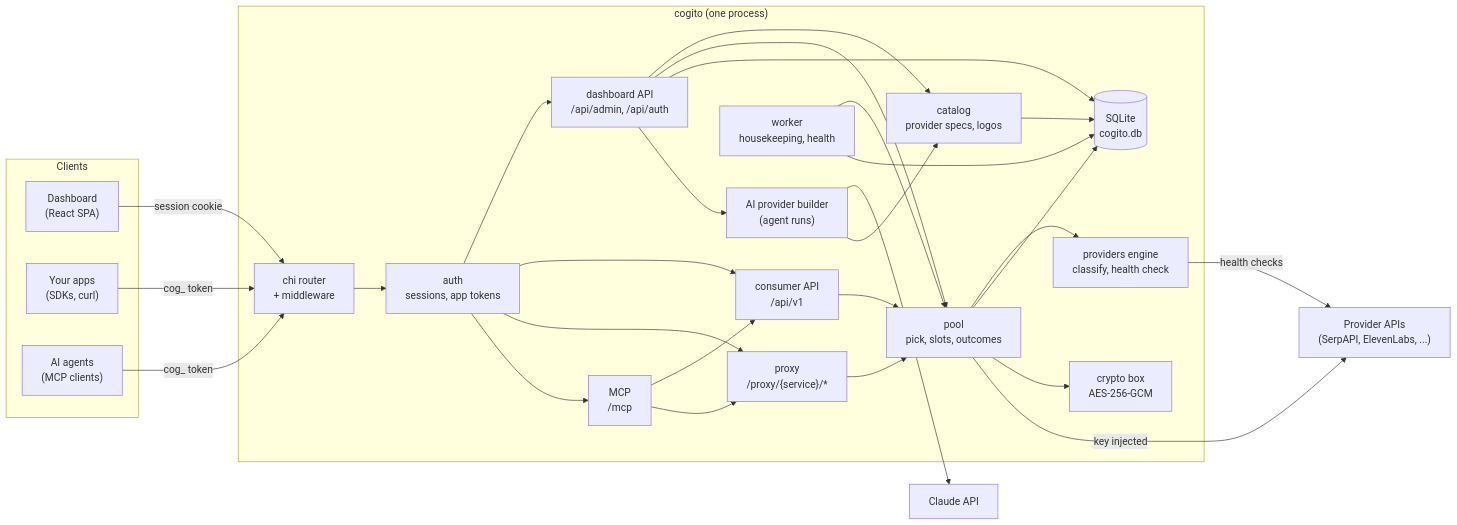
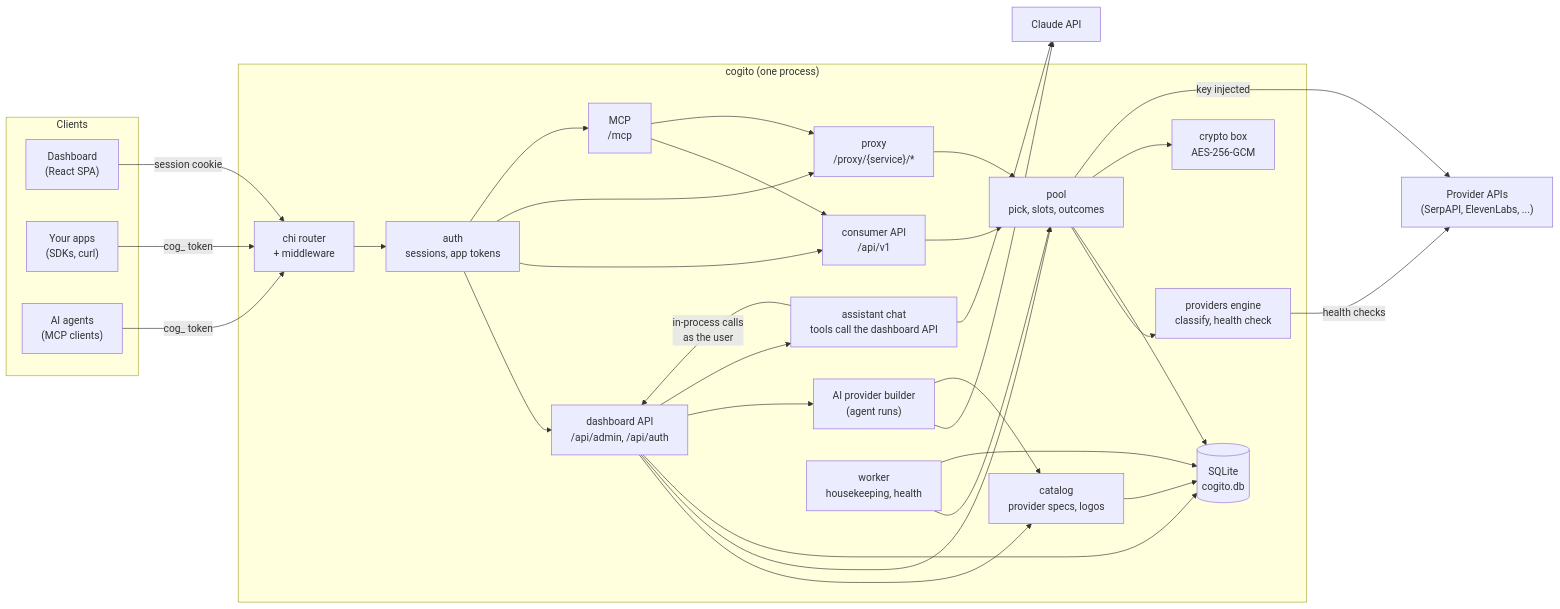
One commit to sidharthpunathil/acnologia changed the first of 6 diagrams in docs/architecture.md. Above: the diagram before and after it, drawn with Mermaid. The commit also changed other lines of this file and 29 other files, not shown here.

First line of the commit message:
Add the Assistant chat and account details on keys

````diff
--- a/docs/architecture.md
+++ b/docs/architecture.md
@@ -8,44 +8,48 @@
 ```mermaid
 flowchart LR
     subgraph Clients
         UI["Dashboard<br/>(React SPA)"]
         App["Your apps<br/>(SDKs, curl)"]
         Agent["AI agents<br/>(MCP clients)"]
     end
 
     subgraph Cogito["cogito (one process)"]
         Router["chi router<br/>+ middleware"]
         Auth["auth<br/>sessions, app tokens"]
         Admin["dashboard API<br/>/api/admin, /api/auth"]
         Consumer["consumer API<br/>/api/v1"]
         Proxy["proxy<br/>/proxy/{service}/*"]
         MCP["MCP<br/>/mcp"]
         Pool["pool<br/>pick, slots, outcomes"]
         Engine["providers engine<br/>classify, health check"]
         Catalog["catalog<br/>provider specs, logos"]
         AIB["AI provider builder<br/>(agent runs)"]
+        Chat["assistant chat<br/>tools call the dashboard API"]
         Worker["worker<br/>housekeeping, health"]
         Store[("SQLite<br/>cogito.db")]
         Box["crypto box<br/>AES-256-GCM"]
     end
 
     Upstream["Provider APIs<br/>(SerpAPI, ElevenLabs, ...)"]
     Claude["Claude API"]
 
     UI -->|session cookie| Router
     App -->|cog_ token| Router
     Agent -->|cog_ token| Router
     Router --> Auth
     Auth --> Admin & Consumer & Proxy & MCP
     Admin --> Catalog & Pool & Store & AIB
     Consumer --> Pool
     Proxy --> Pool
     MCP --> Consumer & Proxy
     Pool --> Engine & Store & Box
     Pool -->|key injected| Upstream
     Engine -->|health checks| Upstream
     Worker --> Pool & Store
     AIB --> Claude
+    Admin --> Chat
+    Chat -->|"in-process calls<br/>as the user"| Admin
+    Chat --> Claude
     AIB --> Catalog
     Catalog --> Store
 ```
````
